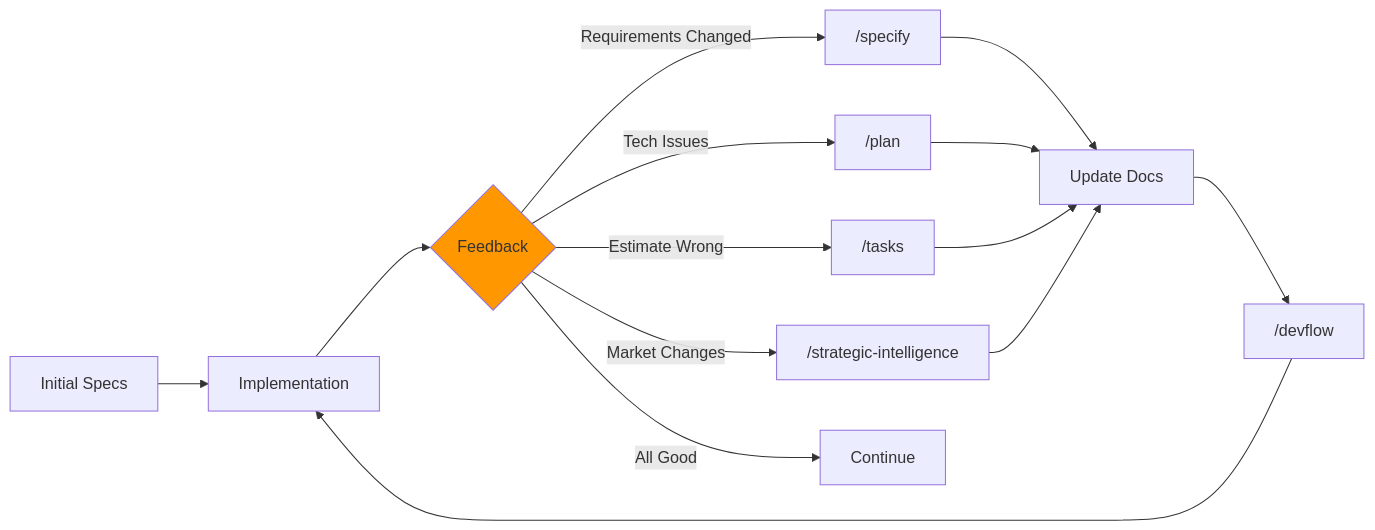
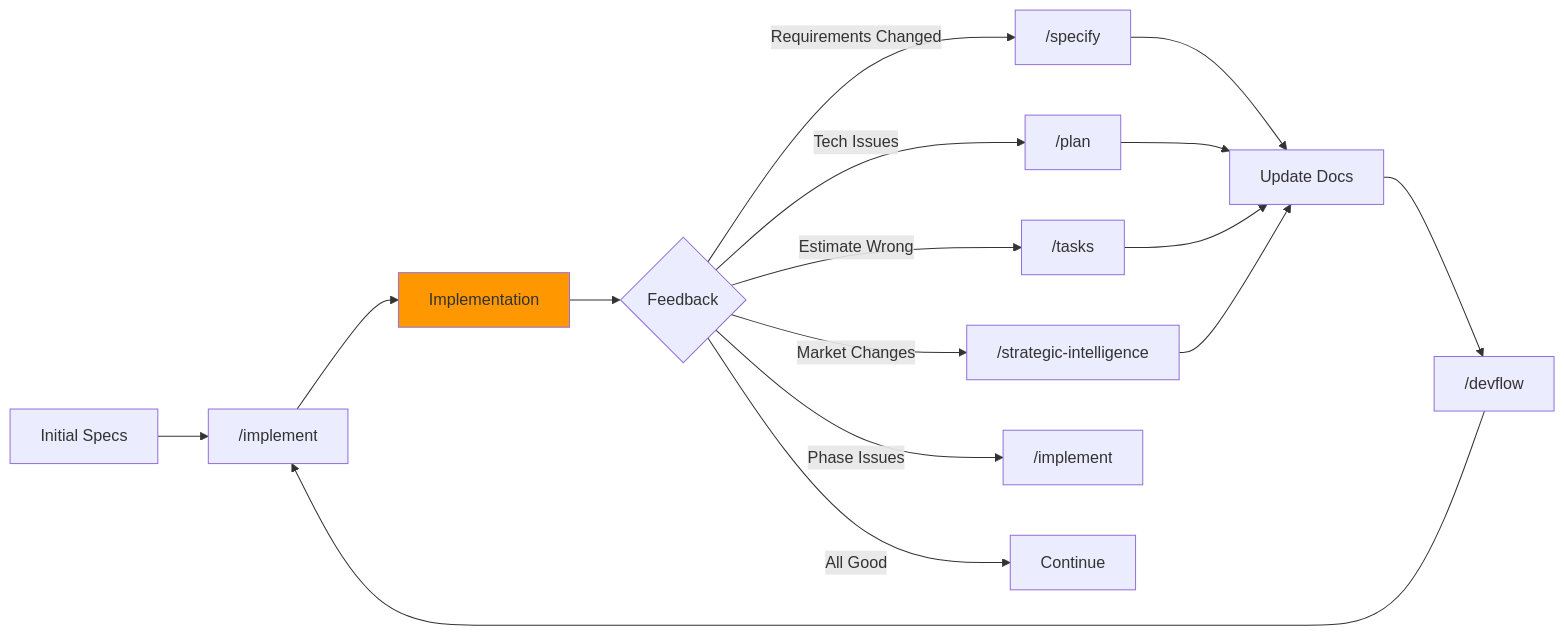
Before and after one commit to Mathews-Tom/sage-dev: diagram 16 of 23 in commands/WORKFLOW.md, drawn with Mermaid. The commit also changed other lines of this file and 2 other files, not shown here.

First line of the commit message:
docs: introduce /implement command and integrate phased implementation across workflow

````diff
--- a/commands/WORKFLOW.md
+++ b/commands/WORKFLOW.md
@@ -454,19 +489,21 @@
 ```mermaid
 graph LR
-    A[Initial Specs] --> B[Implementation]
-    B --> C{Feedback}
-    C -->|Requirements Changed| D["/specify"]
-    C -->|Tech Issues| E["/plan"]
-    C -->|Estimate Wrong| F["/tasks"]
-    C -->|Market Changes| G["/strategic-intelligence"]
-    C -->|All Good| H[Continue]
+    A[Initial Specs] --> B["/implement"]
+    B --> C[Implementation]
+    C --> D{Feedback}
+    D -->|Requirements Changed| E["/specify"]
+    D -->|Tech Issues| F["/plan"]
+    D -->|Estimate Wrong| G["/tasks"]
+    D -->|Market Changes| H["/strategic-intelligence"]
+    D -->|Phase Issues| I["/implement"]
+    D -->|All Good| J[Continue]
 
-    D --> I[Update Docs]
-    E --> I
-    F --> I
-    G --> I
-    I --> J["/devflow"]
-    J --> B
+    E --> K[Update Docs]
+    F --> K
+    G --> K
+    H --> K
+    K --> L["/devflow"]
+    L --> B
 
     style C fill:#ff9800
 ```
````
